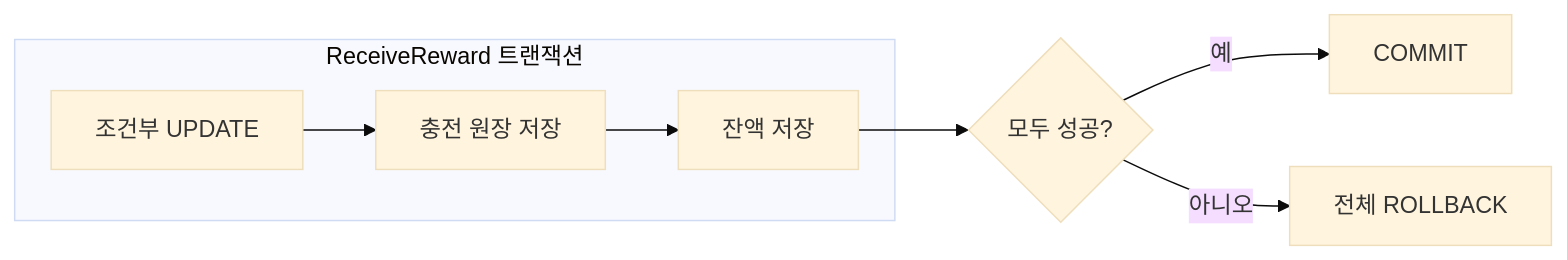
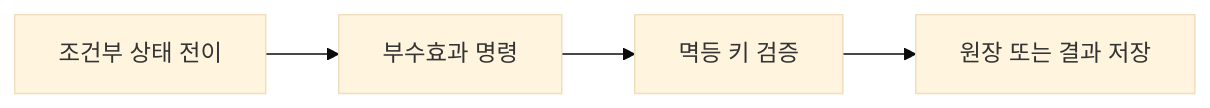
The fourth of 4 diagrams in _posts/2026-02-04-reward-conditional-update-idempotency.md (jiwon11/jiwon11.github.io), drawn with Mermaid (base theme) before and after one commit. The commit also changed other lines of this file and 4 other files, not shown here.

```diff
--- a/_posts/2026-02-04-reward-conditional-update-idempotency.md
+++ b/_posts/2026-02-04-reward-conditional-update-idempotency.md
@@ -342,11 +241,6 @@
 ~~~mermaid
 flowchart LR
-    subgraph TX["ReceiveReward 트랜잭션"]
-        U["조건부 UPDATE"] --> T["충전 원장 저장"]
-        T --> B["잔액 저장"]
-    end
-
-    B --> X{모두 성공?}
-    X -->|예| C["COMMIT"]
-    X -->|아니오| R["전체 ROLLBACK"]
+    A["조건부 상태 전이"] --> B["부수효과 명령"]
+    B --> C["멱등 키 검증"]
+    C --> D["원장 또는 결과 저장"]
 ~~~
```
